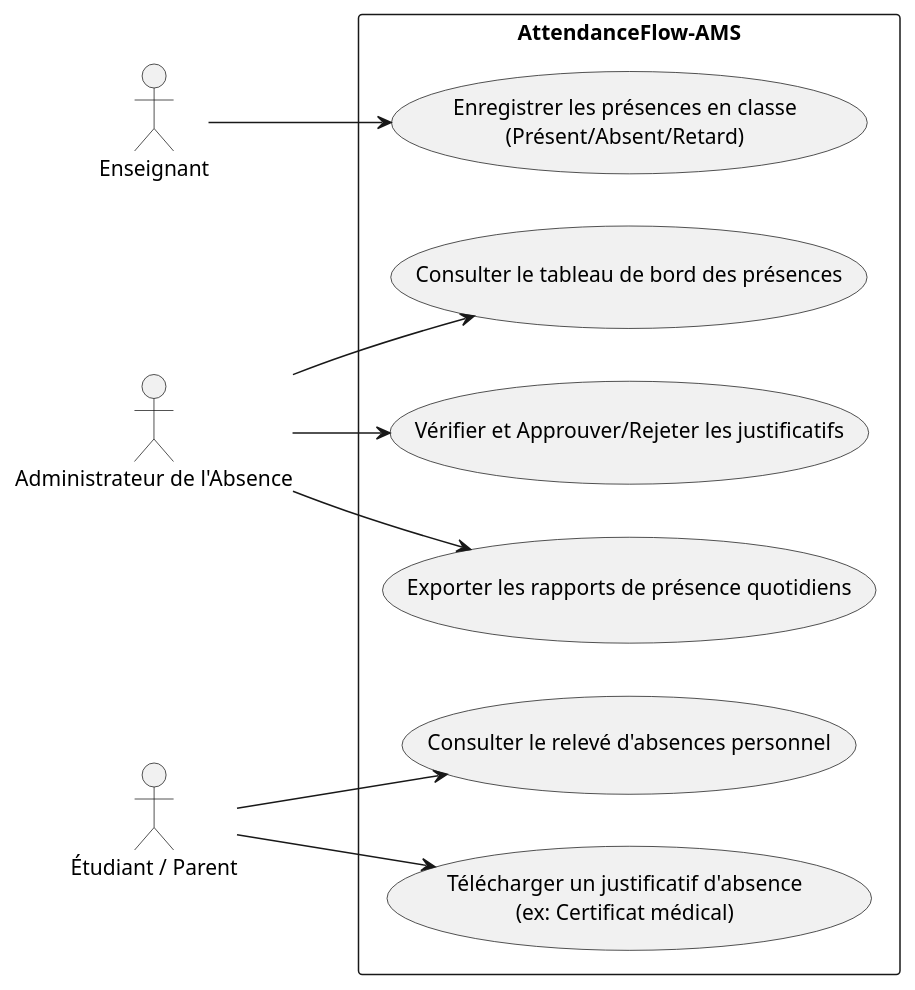
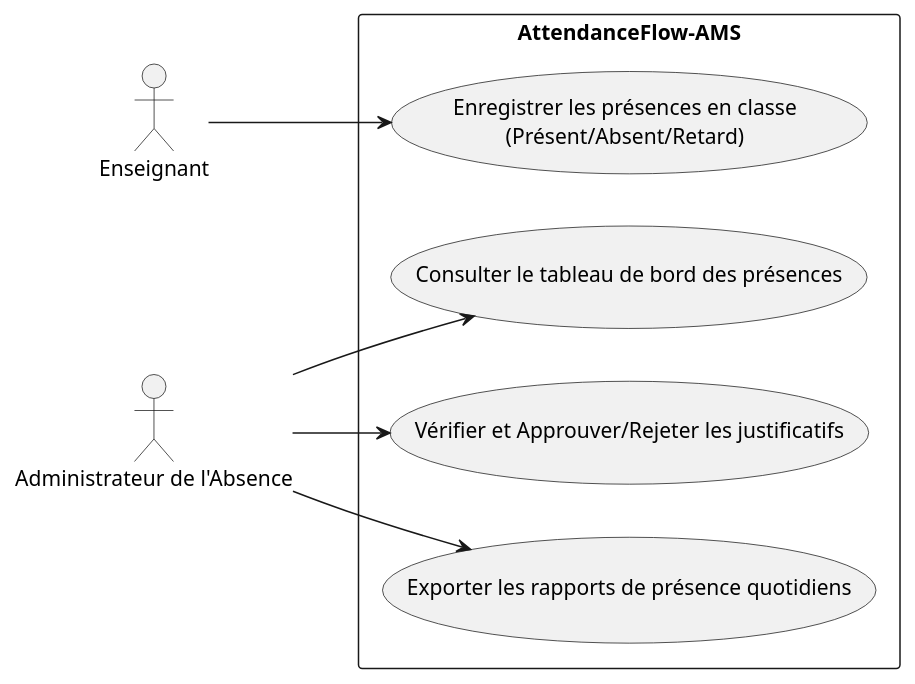
The diagram in Analyse/cas_utilisation/use_case.puml (abdelhaymallouli/AttendanceFlow-AMS), drawn with PlantUML before and after one commit. The commit also changed other lines of this file and 5 other files, not shown here.

```diff
--- a/Analyse/cas_utilisation/use_case.puml
+++ b/Analyse/cas_utilisation/use_case.puml
@@ -1,27 +1,21 @@
 @startuml
 left to right direction
 skinparam packageStyle rectangle
 
 actor "Enseignant" as teacher
 actor "Administrateur de l'Absence" as admin
-actor "Étudiant / Parent" as student
 
 rectangle "AttendanceFlow-AMS" {
   usecase "Enregistrer les présences en classe\n(Présent/Absent/Retard)" as UC1
   usecase "Consulter le tableau de bord des présences" as UC2
   usecase "Vérifier et Approuver/Rejeter les justificatifs" as UC3
   usecase "Exporter les rapports de présence quotidiens" as UC4
-  usecase "Consulter le relevé d'absences personnel" as UC5
-  usecase "Télécharger un justificatif d'absence\n(ex: Certificat médical)" as UC6
 }
 
 teacher --> UC1
 
 admin --> UC2
 admin --> UC3
 admin --> UC4
 
-student --> UC5
-student --> UC6
-
 @enduml
```
